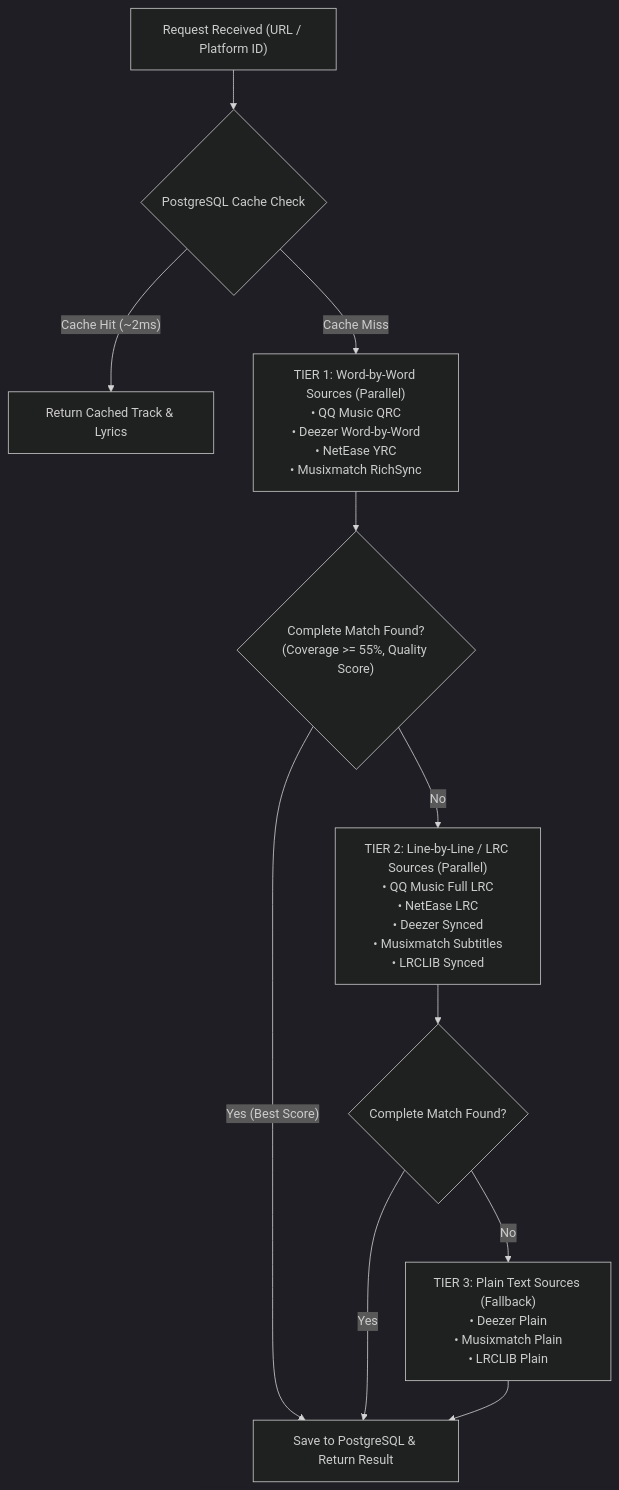
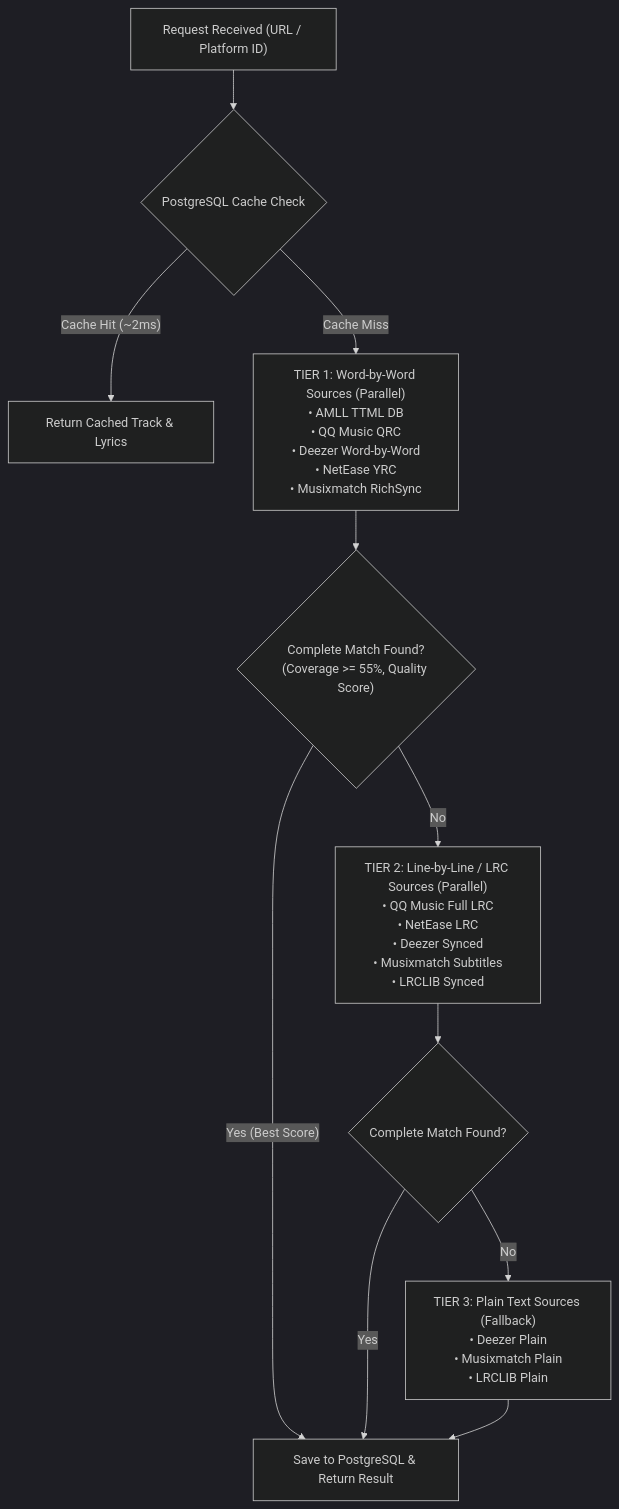
The diagram in apps/web/content/docs/supported-platforms.mdx (Anson10124/LyricsDB), drawn with Mermaid (dark theme) before and after one commit. The commit also changed other lines of this file and 13 other files, not shown here.

Commit message:
feat: integrate AMLL TTML DB support with fetcher, parser, and resolver enhancements

````diff
--- a/apps/web/content/docs/supported-platforms.mdx
+++ b/apps/web/content/docs/supported-platforms.mdx
@@ -39,17 +40,17 @@
 ```mermaid
 graph TD
   REQ["Request Received (URL / Platform ID)"] --> CACHE{"PostgreSQL Cache Check"}
   
   CACHE -- "Cache Hit (~2ms)" --> HIT["Return Cached Track & Lyrics"]
-  CACHE -- "Cache Miss" --> TIER1["TIER 1: Word-by-Word Sources (Parallel)<br/>• QQ Music QRC<br/>• Deezer Word-by-Word<br/>• NetEase YRC<br/>• Musixmatch RichSync"]
+  CACHE -- "Cache Miss" --> TIER1["TIER 1: Word-by-Word Sources (Parallel)<br/>• AMLL TTML DB<br/>• QQ Music QRC<br/>• Deezer Word-by-Word<br/>• NetEase YRC<br/>• Musixmatch RichSync"]
   
   TIER1 --> EVAL1{"Complete Match Found?<br/>(Coverage >= 55%, Quality Score)"}
   EVAL1 -- "Yes (Best Score)" --> SAVE["Save to PostgreSQL & Return Result"]
   EVAL1 -- "No" --> TIER2["TIER 2: Line-by-Line / LRC Sources (Parallel)<br/>• QQ Music Full LRC<br/>• NetEase LRC<br/>• Deezer Synced<br/>• Musixmatch Subtitles<br/>• LRCLIB Synced"]
   
   TIER2 --> EVAL2{"Complete Match Found?"}
   EVAL2 -- "Yes" --> SAVE
   EVAL2 -- "No" --> TIER3["TIER 3: Plain Text Sources (Fallback)<br/>• Deezer Plain<br/>• Musixmatch Plain<br/>• LRCLIB Plain"]
   
   TIER3 --> SAVE
 ```
````
